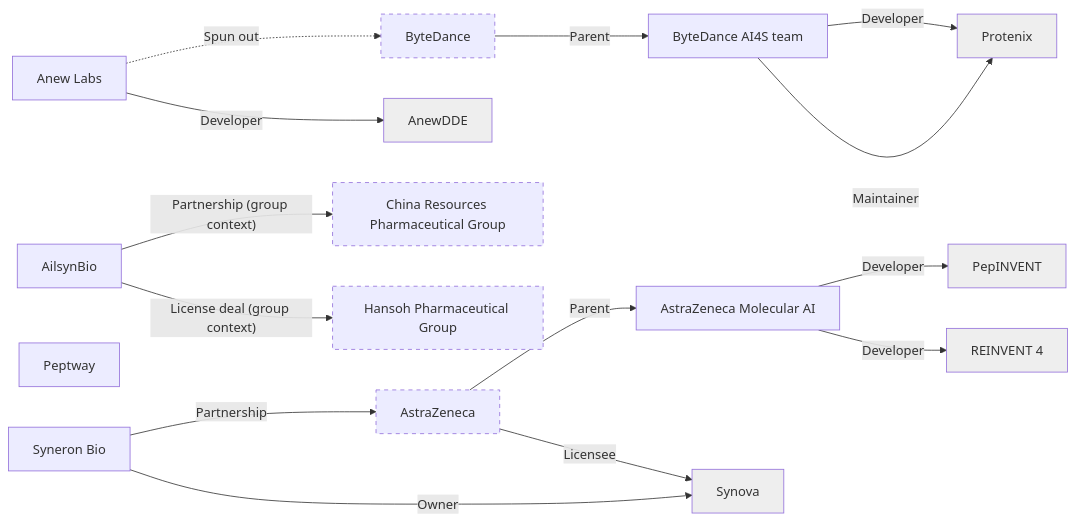
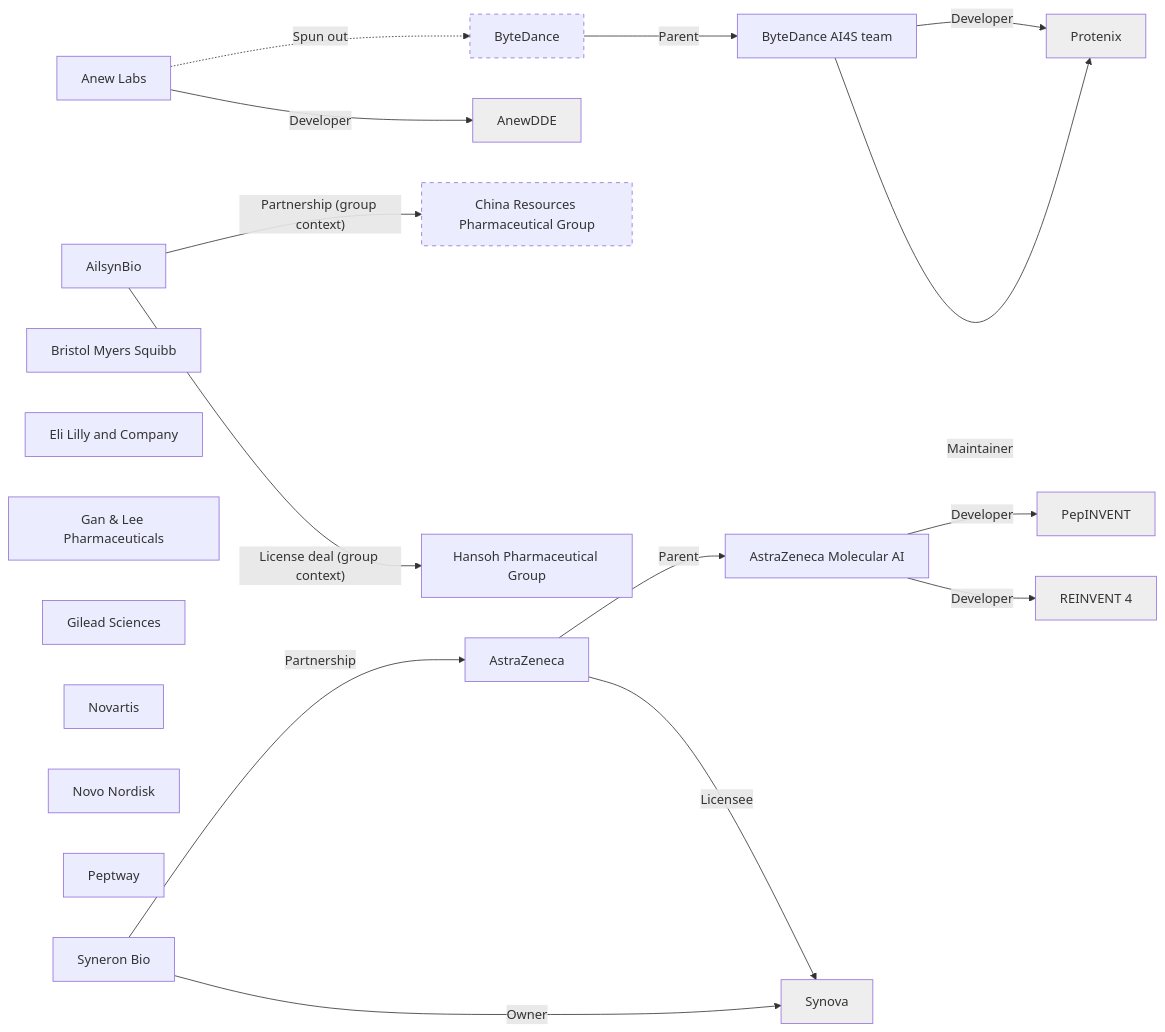
The diagram in index/lineage.md (zhaisilong/awesome-peptide-company), drawn with Mermaid before and after one commit. The commit also changed other lines of this file and 93 other files, not shown here.

````diff
--- a/index/lineage.md
+++ b/index/lineage.md
@@ -7,33 +7,39 @@
 ```mermaid
 flowchart LR
     e0["AilsynBio"]
     e1["Anew Labs"]
-    e2["AstraZeneca"]:::stub
+    e2["AstraZeneca"]
     e3["AstraZeneca Molecular AI"]
-    e4["ByteDance"]:::stub
-    e5["ByteDance AI4S team"]
-    e6["China Resources Pharmaceutical Group"]:::stub
-    e7["Hansoh Pharmaceutical Group"]:::stub
-    e8["Peptway"]
-    e9["Syneron Bio"]
+    e4["Bristol Myers Squibb"]
+    e5["ByteDance"]:::stub
+    e6["ByteDance AI4S team"]
+    e7["China Resources Pharmaceutical Group"]:::stub
+    e8["Eli Lilly and Company"]
+    e9["Gan & Lee Pharmaceuticals"]
+    e10["Gilead Sciences"]
+    e11["Hansoh Pharmaceutical Group"]
+    e12["Novartis"]
+    e13["Novo Nordisk"]
+    e14["Peptway"]
+    e15["Syneron Bio"]
     a0["AnewDDE"]:::asset
     a1["PepINVENT"]:::asset
     a2["Protenix"]:::asset
     a3["REINVENT 4"]:::asset
     a4["Synova"]:::asset
-    e0 -->|"Partnership (group context)"| e6
-    e0 -->|"License deal (group context)"| e7
-    e1 -.->|"Spun out"| e4
+    e0 -->|"Partnership (group context)"| e7
+    e0 -->|"License deal (group context)"| e11
+    e1 -.->|"Spun out"| e5
     e2 -->|"Parent"| e3
-    e4 -->|"Parent"| e5
-    e9 -->|"Partnership"| e2
+    e5 -->|"Parent"| e6
+    e15 -->|"Partnership"| e2
     e1 -->|"Developer"| a0
     e2 -->|"Licensee"| a4
     e3 -->|"Developer"| a1
     e3 -->|"Developer"| a3
-    e5 -->|"Developer"| a2
-    e5 -->|"Maintainer"| a2
-    e9 -->|"Owner"| a4
+    e6 -->|"Developer"| a2
+    e6 -->|"Maintainer"| a2
+    e15 -->|"Owner"| a4
     classDef stub stroke-dasharray: 5 5
     classDef asset fill:#eeeeee
 ```
````
